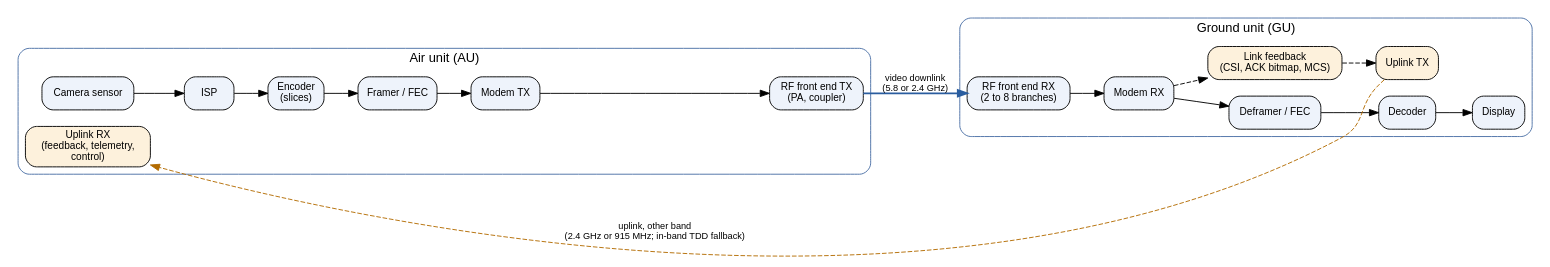
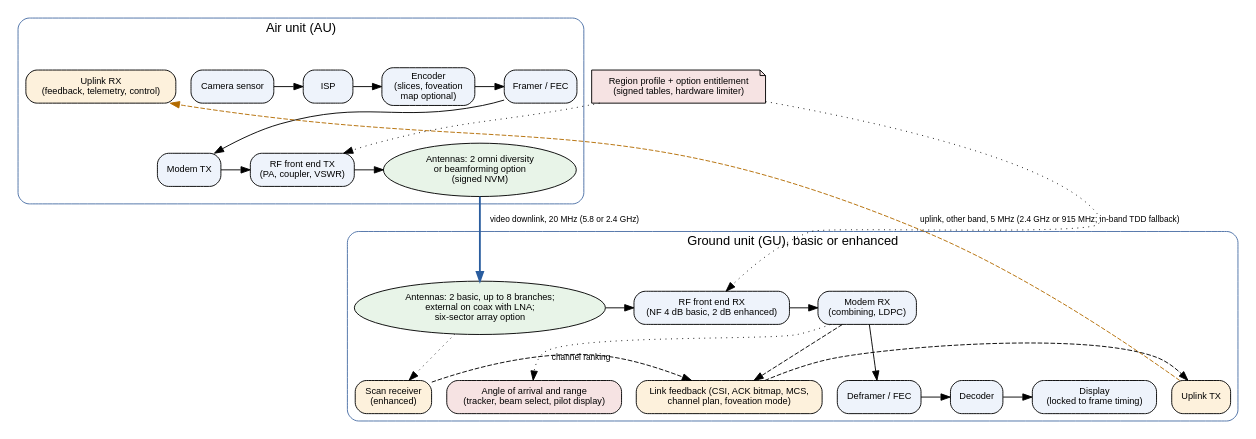
Before and after one commit to larytet/notadji: the diagram in spec/diagrams/system-scope.dot, drawn with Graphviz. The commit also changed 6 other files, not shown here.

Commit message:
Diagrams updated for rev 2.3 (enhanced ground unit, scan receiver, external antennas, angle of arrival, beamforming option, region limiter); new silicon-family diagram; system diagram laid out to fit a page

```diff
--- a/spec/diagrams/system-scope.dot
+++ b/spec/diagrams/system-scope.dot
@@ -1,17 +1,23 @@
-// System scope (SRS section 1): video downlink chain, uplink chain, split-band channel plan.
+// System scope (SRS section 1), rev 2.3, laid out as stacked rows so that it fits a page.
 digraph system_scope {
-  rankdir=LR; fontname="Helvetica"; node [shape=box, style="rounded,filled", fillcolor="#eef3fb", fontname="Helvetica", fontsize=11]; edge [fontname="Helvetica", fontsize=10];
+  rankdir=TB; fontname="Helvetica"; compound=true; nodesep=0.22; ranksep=0.55; newrank=true;
+  node [shape=box, style="rounded,filled", fillcolor="#eef3fb", fontname="Helvetica", fontsize=10]; edge [fontname="Helvetica", fontsize=9];
   subgraph cluster_au { label="Air unit (AU)"; style="rounded"; color="#4a6fa5";
-    sensor [label="Camera sensor"]; isp [label="ISP"]; enc [label="Encoder\n(slices)"]; frm_tx [label="Framer / FEC"]; mtx [label="Modem TX"]; rftx [label="RF front end TX\n(PA, coupler)"];
-    ul_rx [label="Uplink RX\n(feedback, telemetry,\ncontrol)", fillcolor="#fdf1dc"];
-    sensor -> isp -> enc -> frm_tx -> mtx -> rftx;
+    { rank=same; sensor [label="Camera sensor"]; isp [label="ISP"]; enc [label="Encoder\n(slices, foveation\nmap optional)"]; frm_tx [label="Framer / FEC"]; }
+    { rank=same; mtx [label="Modem TX"]; rftx [label="RF front end TX\n(PA, coupler, VSWR)"];
+      aant [label="Antennas: 2 omni diversity\nor beamforming option\n(signed NVM)", shape=oval, fillcolor="#e8f4e8"]; }
+    ul_rx [label="Uplink RX\n(feedback, telemetry, control)", fillcolor="#fdf1dc"];
+    sensor -> isp -> enc -> frm_tx; frm_tx -> mtx; mtx -> rftx -> aant;
   }
-  subgraph cluster_gu { label="Ground unit (GU)"; style="rounded"; color="#4a6fa5";
-    rfrx [label="RF front end RX\n(2 to 8 branches)"]; mrx [label="Modem RX"]; frm_rx [label="Deframer / FEC"]; dec [label="Decoder"]; disp [label="Display"];
-    ul_tx [label="Uplink TX", fillcolor="#fdf1dc"]; fb [label="Link feedback\n(CSI, ACK bitmap, MCS)", fillcolor="#fdf1dc"];
-    rfrx -> mrx -> frm_rx -> dec -> disp;
-    mrx -> fb [style=dashed]; fb -> ul_tx [style=dashed];
+  subgraph cluster_gu { label="Ground unit (GU), basic or enhanced"; style="rounded"; color="#4a6fa5";
+    { rank=same; gant [label="Antennas: 2 basic, up to 8 branches;\nexternal on coax with LNA;\nsix-sector array option", shape=oval, fillcolor="#e8f4e8"]; rfrx [label="RF front end RX\n(NF 4 dB basic, 2 dB enhanced)"]; mrx [label="Modem RX\n(combining, LDPC)"]; }
+    { rank=same; frm_rx [label="Deframer / FEC"]; dec [label="Decoder"]; disp [label="Display\n(locked to frame timing)"]; }
+    { rank=same; scan [label="Scan receiver\n(enhanced)", fillcolor="#fdf1dc"]; aoa [label="Angle of arrival and range\n(tracker, beam select, pilot display)", fillcolor="#f6e3e3"]; fb [label="Link feedback (CSI, ACK bitmap, MCS,\nchannel plan, foveation mode)", fillcolor="#fdf1dc"]; ul_tx [label="Uplink TX", fillcolor="#fdf1dc"]; }
+    gant -> rfrx -> mrx; mrx -> frm_rx; frm_rx -> dec -> disp;
+    mrx -> aoa [style=dotted]; mrx -> fb [style=dashed]; scan -> fb [style=dashed, label="channel ranking"]; fb -> ul_tx [style=dashed]; gant -> scan [style=dotted];
   }
-  rftx -> rfrx [label="video downlink\n(5.8 or 2.4 GHz)", penwidth=2, color="#2a5d9f"];
-  ul_tx -> ul_rx [label="uplink, other band\n(2.4 GHz or 915 MHz; in-band TDD fallback)", style=dashed, color="#b36b00", constraint=false];
+  aant -> gant [label="video downlink, 20 MHz (5.8 or 2.4 GHz)", penwidth=2, color="#2a5d9f"];
+  ul_tx -> ul_rx [label="uplink, other band, 5 MHz (2.4 GHz or 915 MHz; in-band TDD fallback)", style=dashed, color="#b36b00", constraint=false];
+  lim [label="Region profile + option entitlement\n(signed tables, hardware limiter)", shape=note, fillcolor="#f6e3e3"];
+  lim -> rftx [style=dotted, constraint=false]; lim -> rfrx [style=dotted, constraint=false];
 }
```
